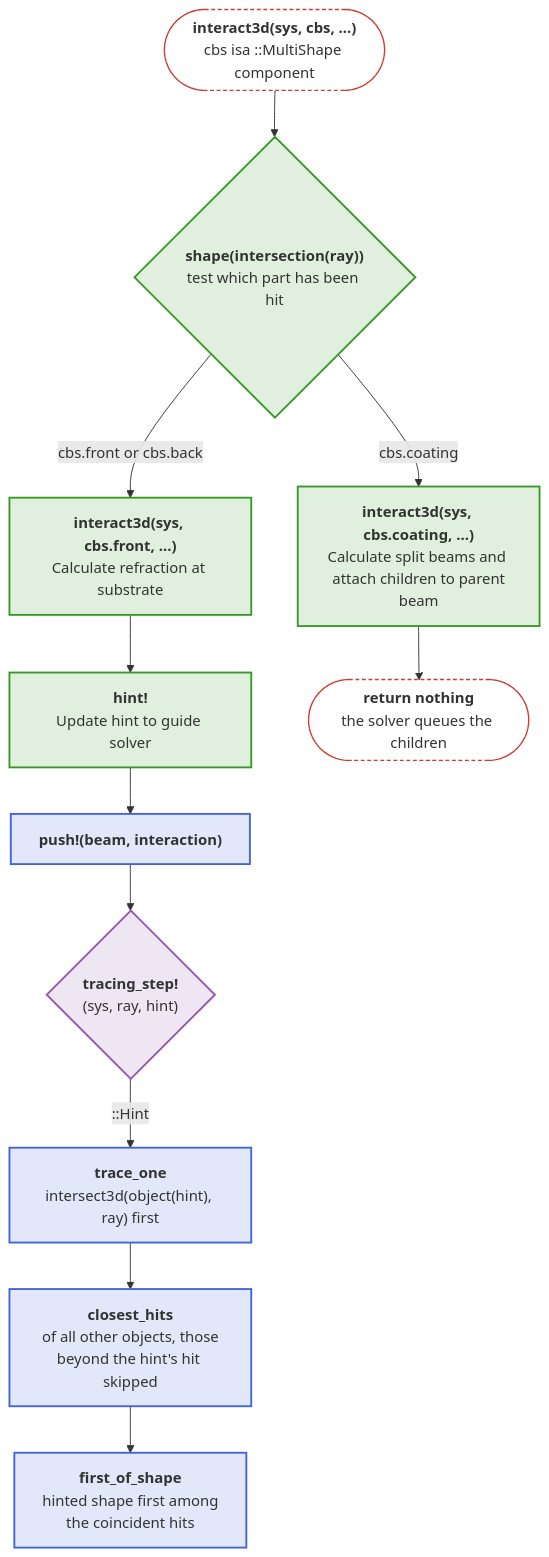
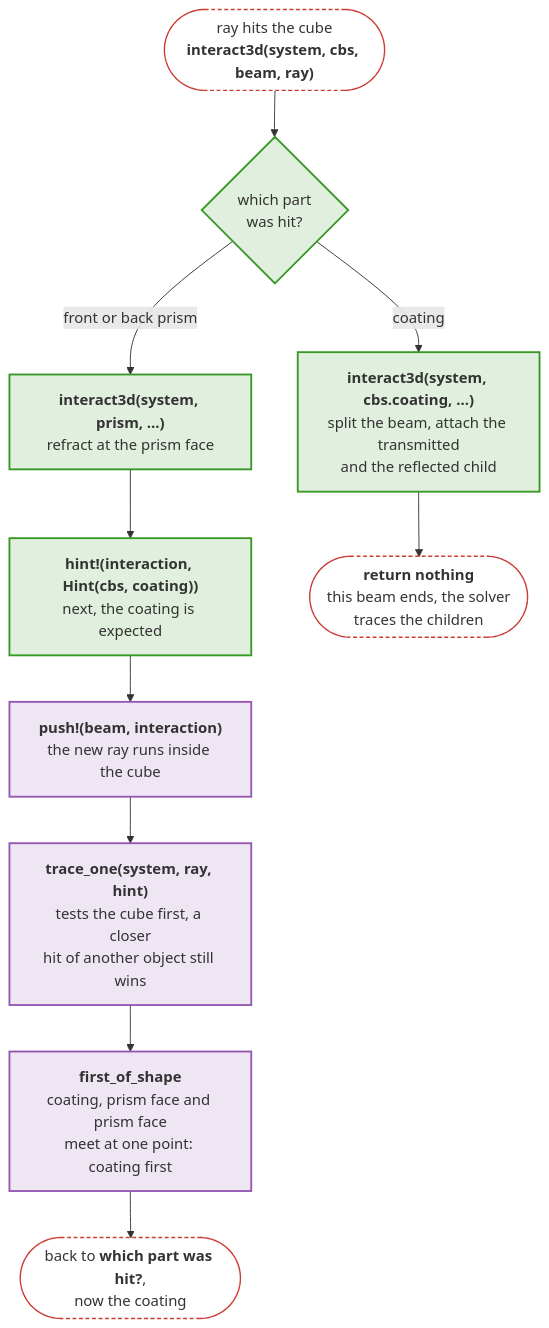
The fifth of 7 diagrams in docs/src/api/core.md (JuliaPhysics/BeamletOptics.jl), drawn with Mermaid before and after one commit. The commit also changed other lines of this file, not shown here.

Commit message:
Docs: core.md diagrams of the solver as plain yes/no flows, trace_all split into search and object hit, order of coincident hits stated

````diff
--- a/docs/src/api/core.md
+++ b/docs/src/api/core.md
@@ -226,28 +270,25 @@
 ```mermaid
 flowchart TB
-    S(["<b>interact3d(sys, cbs, ...)</b><br/>cbs isa ::MultiShape component<br/>"])
-    F{"<b>shape(intersection(ray))</b><br/>test which part has been hit"}
-    PR["<b>interact3d(sys, cbs.front, ...)</b><br/>Calculate refraction at substrate"]
-    H["<b>hint!</b><br>Update hint to guide solver"]
-    CO["<b>interact3d(sys, cbs.coating, ...)</b><br/>Calculate split beams and <br/> attach children to parent beam"]
-    N(["<b>return nothing</b><br/>the solver queues the children"])
-    P["<b>push!(beam, interaction)</b>"]
-    TST{"<b>tracing_step!</b><br/>(sys, ray, hint)"}
-    HS["<b>trace_one</b><br/>intersect3d(object(hint), ray) first"]
-    OB["<b>closest_hits</b><br/>of all other objects, those<br/>beyond the hint's hit skipped"]
-    TA["<b>first_of_shape</b><br/>hinted shape first among<br/>the coincident hits"]
+    S(["ray hits the cube<br/><b>interact3d(system, cbs, beam, ray)</b>"])
+    F{"which part<br/>was hit?"}
+    PR["<b>interact3d(system, prism, ...)</b><br/>refract at the prism face"]
+    H["<b>hint!(interaction, Hint(cbs, coating))</b><br/>next, the coating is expected"]
+    P["<b>push!(beam, interaction)</b><br/>the new ray runs inside the cube"]
+    TO["<b>trace_one(system, ray, hint)</b><br/>tests the cube first, a closer<br/>hit of another object still wins"]
+    FS["<b>first_of_shape</b><br/>coating, prism face and prism face<br/>meet at one point: coating first"]
+    B(["back to <b>which part was hit?</b>,<br/>now the coating"])
+    CO["<b>interact3d(system, cbs.coating, ...)</b><br/>split the beam, attach the transmitted<br/>and the reflected child"]
+    N(["<b>return nothing</b><br/>this beam ends, the solver<br/>traces the children"])
 
     S --> F
-    F -- "cbs.front or cbs.back" --> PR --> H --> P --> TST
-    F -- "cbs.coating" --> CO --> N
-    TST -- "::Hint" --> HS --> OB --> TA
+    F -- "front or back prism" --> PR --> H --> P --> TO --> FS --> B
+    F -- "coating" --> CO --> N
 
     classDef blue fill:#4063D826,stroke:#4063D8,stroke-width:2px
     classDef green fill:#38982626,stroke:#389826,stroke-width:2px
     classDef purple fill:#9558B226,stroke:#9558B2,stroke-width:2px
     classDef terminal fill:transparent,stroke:#CB3C33,stroke-width:1.5px,stroke-dasharray:4 3
-    class P,OB,TA,HS blue
-    class F,H,PR,CO green
-    class TST purple
-    class S,N terminal
+    class F,PR,H,CO green
+    class P,TO,FS purple
+    class S,B,N terminal
 ```
````
